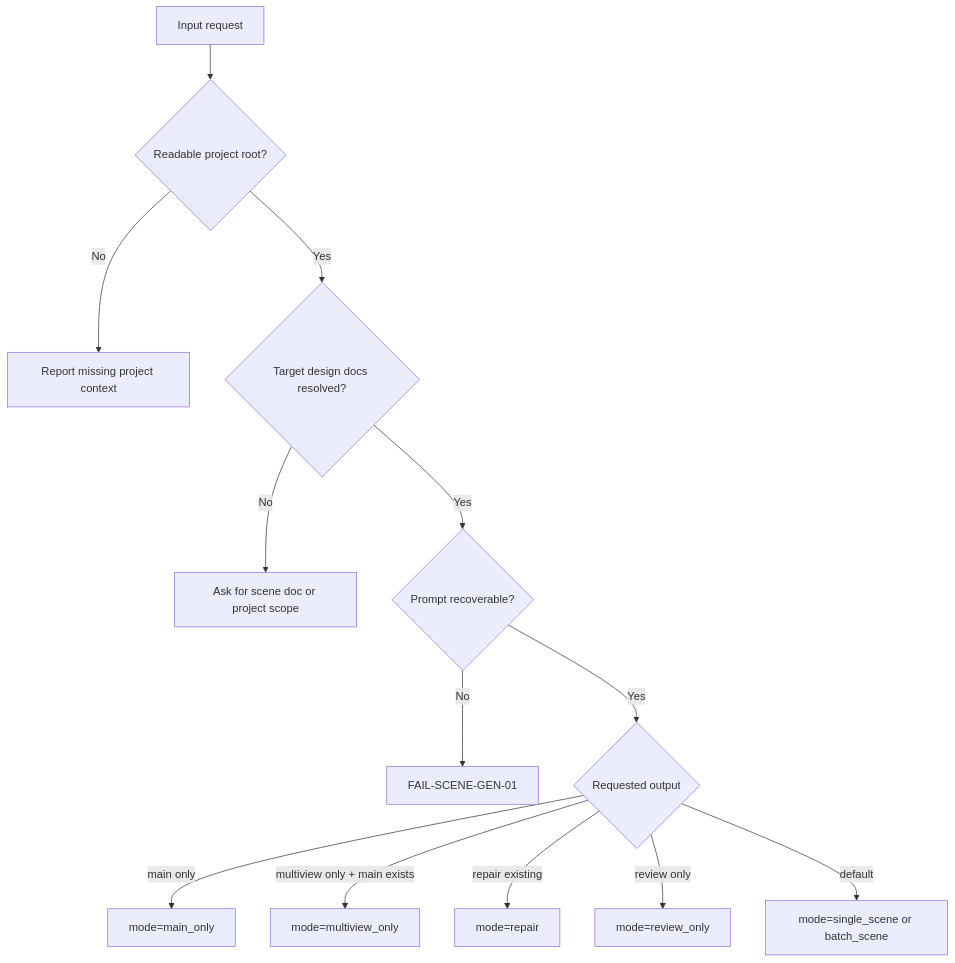
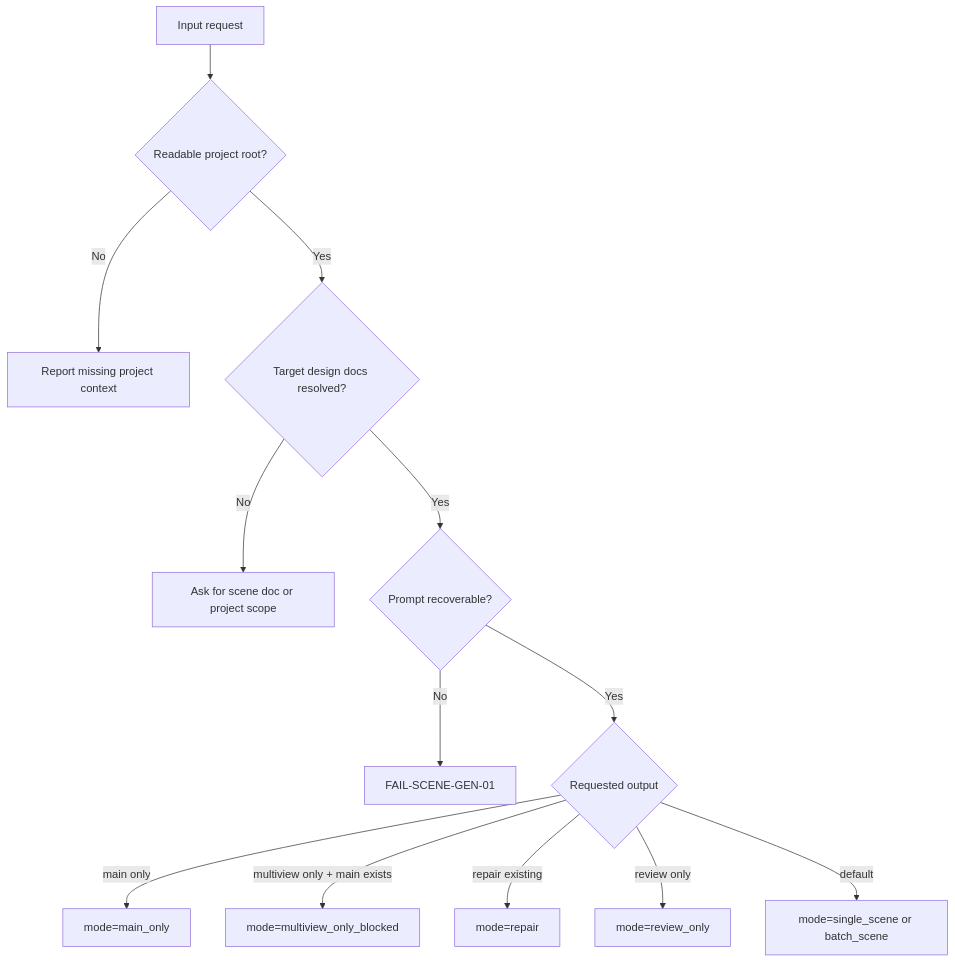
Before and after one commit to ZEN-VOID/AI-CUT: the diagram in .agents/skills/aigc/3-主体/场景/3-生成/types/scene-generation-type-map.md, drawn with Mermaid. The commit also changed other lines of this file and 49 other files, not shown here.

````diff
--- a/.agents/skills/aigc/3-主体/场景/3-生成/types/scene-generation-type-map.md
+++ b/.agents/skills/aigc/3-主体/场景/3-生成/types/scene-generation-type-map.md
@@ -73,15 +73,15 @@
 ```mermaid
 flowchart TD
     A["Input request"] --> B{"Readable project root?"}
     B -->|"No"| X["Report missing project context"]
     B -->|"Yes"| C{"Target design docs resolved?"}
     C -->|"No"| Y["Ask for scene doc or project scope"]
     C -->|"Yes"| D{"Prompt recoverable?"}
     D -->|"No"| Z["FAIL-SCENE-GEN-01"]
     D -->|"Yes"| E{"Requested output"}
     E -->|"main only"| F["mode=main_only"]
-    E -->|"multiview only + main exists"| G["mode=multiview_only"]
+    E -->|"multiview only + main exists"| G["mode=multiview_only_blocked"]
     E -->|"repair existing"| H["mode=repair"]
     E -->|"review only"| I["mode=review_only"]
     E -->|"default"| J["mode=single_scene or batch_scene"]
 ```
````
